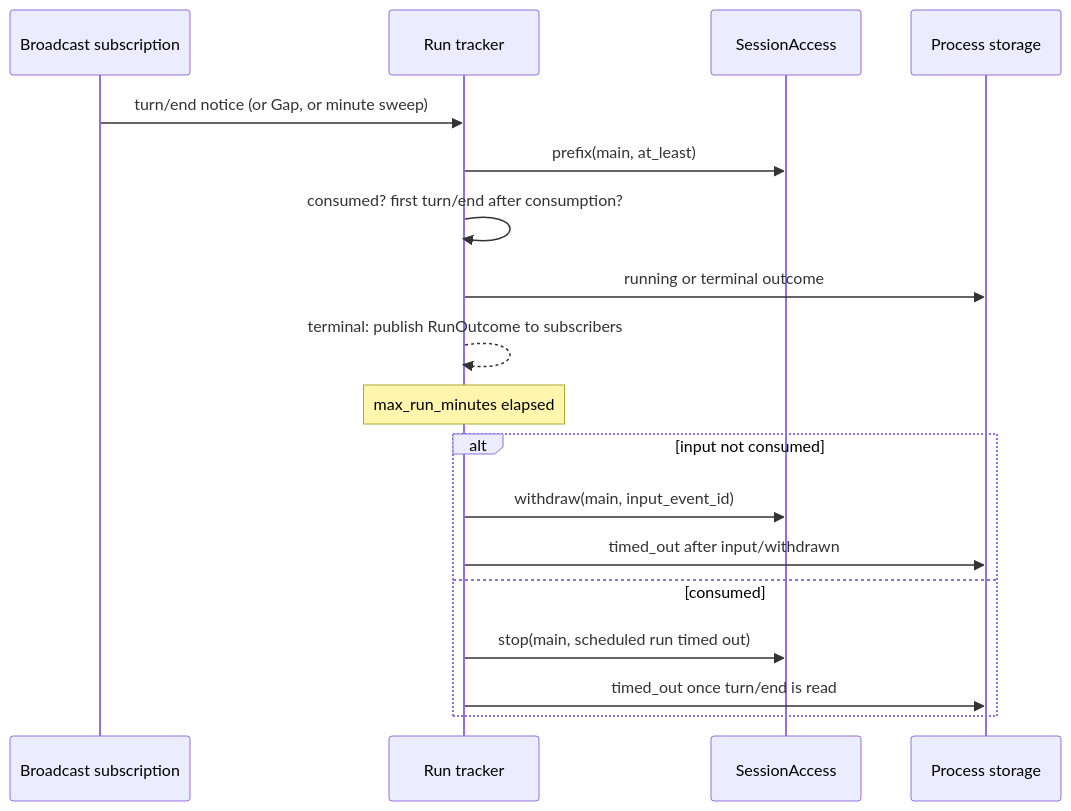
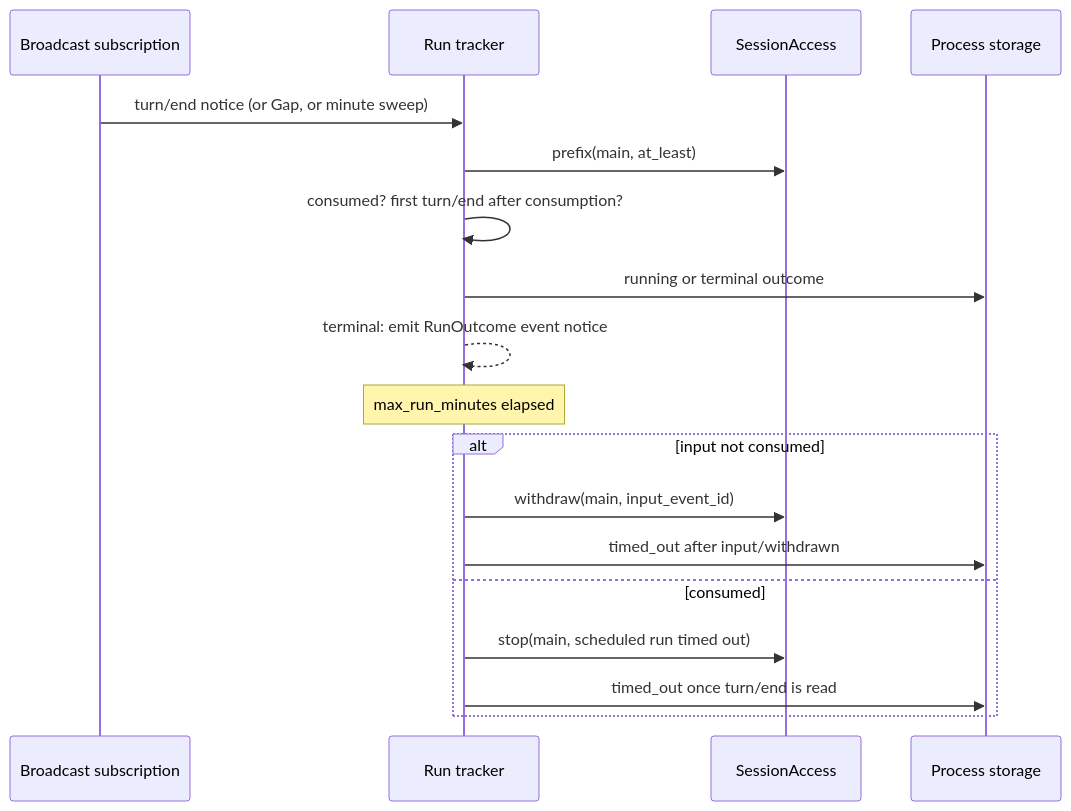
Before and after one commit to CoutinhoTTS/dim-agent: the fourth of 6 diagrams in docs/design/plugins/Scheduler.md, drawn with Mermaid. The commit also changed other lines of this file and 3 other files, not shown here.

````diff
--- a/docs/design/plugins/Scheduler.md
+++ b/docs/design/plugins/Scheduler.md
@@ -115,20 +115,20 @@
 ```mermaid
 sequenceDiagram
   participant SB as Broadcast subscription
   participant R as Run tracker
   participant SA as SessionAccess
   participant ST as Process storage
   SB->>R: turn/end notice (or Gap, or minute sweep)
   R->>SA: prefix(main, at_least)
   R->>R: consumed? first turn/end after consumption?
   R->>ST: running or terminal outcome
-  R-->>R: terminal: publish RunOutcome to subscribers
+  R-->>R: terminal: emit RunOutcome event notice
   Note over R: max_run_minutes elapsed
   alt input not consumed
     R->>SA: withdraw(main, input_event_id)
     R->>ST: timed_out after input/withdrawn
   else consumed
     R->>SA: stop(main, scheduled run timed out)
     R->>ST: timed_out once turn/end is read
   end
 ```
````
